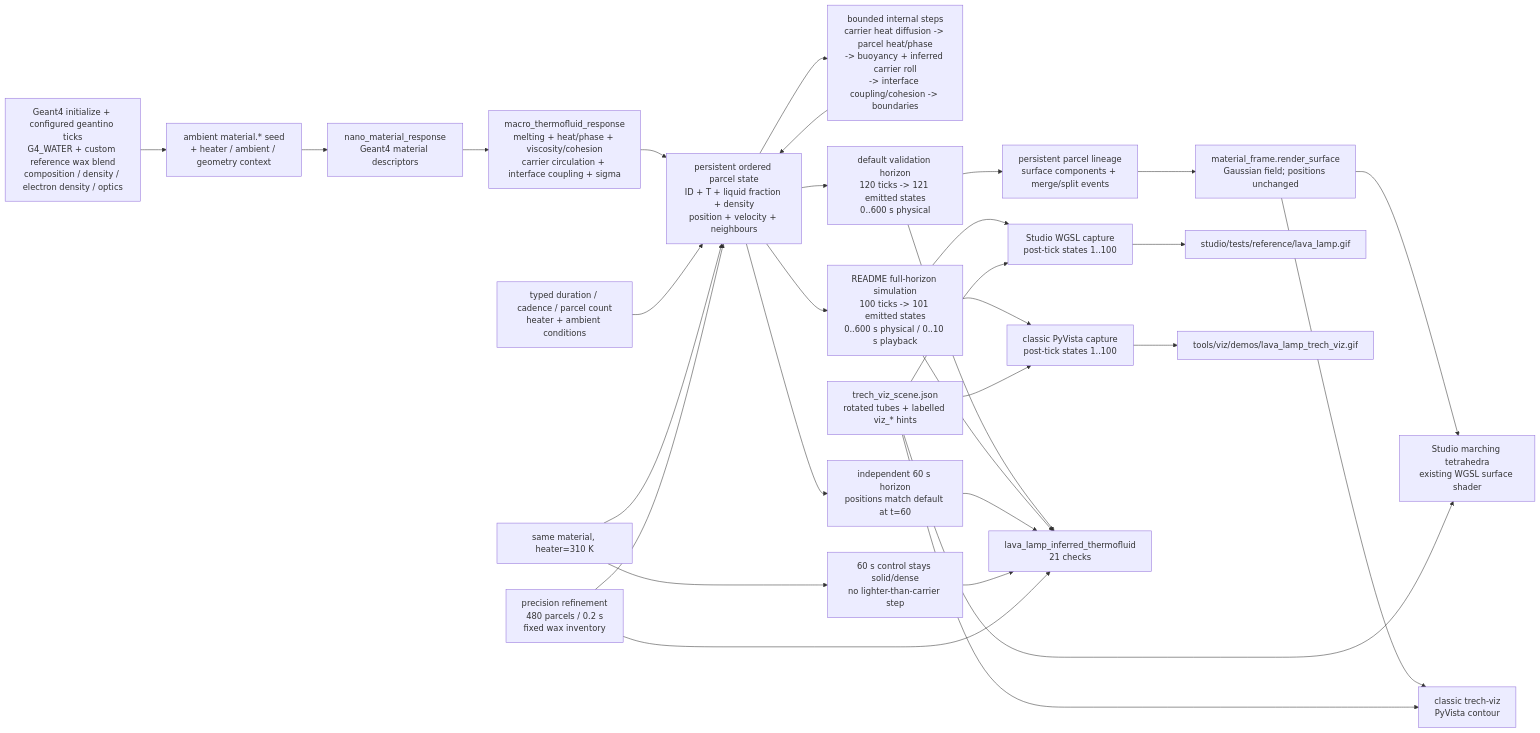
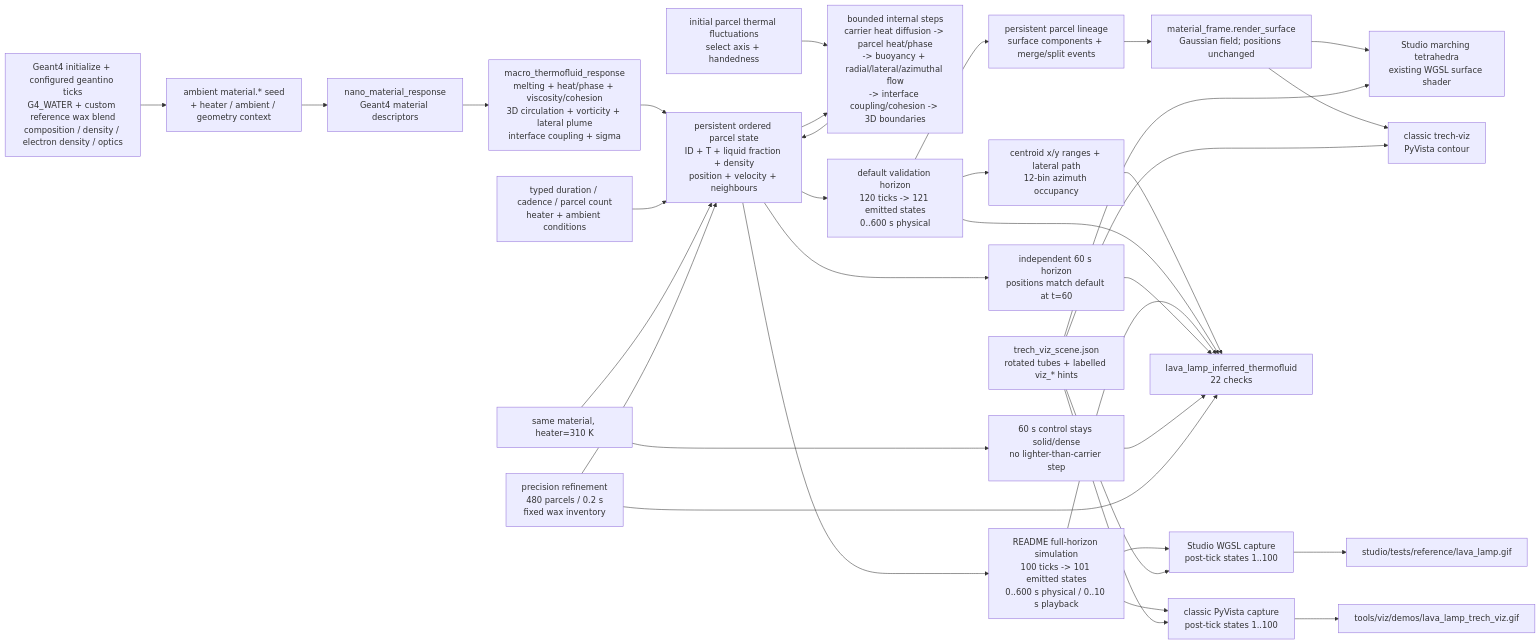
One commit to Geckos-Ink/trech changed diagram 14 of 24 in CHARTS.md. Above: the diagram before and after it, drawn with Mermaid. The commit also changed 17 other files, not shown here.

````diff
--- a/CHARTS.md
+++ b/CHARTS.md
@@ -306,33 +306,36 @@
 ```mermaid
 flowchart LR
   G4["Geant4 initialize + configured geantino ticks\nG4_WATER + custom reference wax blend\ncomposition / density / electron density / optics"] --> SEED["ambient material.* seed\n+ heater / ambient / geometry context"]
   SEED --> NANO["nano_material_response\nGeant4 material descriptors"]
-  NANO --> MACRO["macro_thermofluid_response\nmelting + heat/phase + viscosity/cohesion\ncarrier circulation + interface coupling + sigma"]
+  NANO --> MACRO["macro_thermofluid_response\nmelting + heat/phase + viscosity/cohesion\n3D circulation + vorticity + lateral plume\ninterface coupling + sigma"]
   MACRO --> STATE["persistent ordered parcel state\nID + T + liquid fraction + density\nposition + velocity + neighbours"]
   PARAM["typed duration / cadence / parcel count\nheater + ambient conditions"] --> STATE
-  STATE --> STEP["bounded internal steps\ncarrier heat diffusion -> parcel heat/phase\n-> buoyancy + inferred carrier roll\n-> interface coupling/cohesion -> boundaries"]
+  MICROSTATE["initial parcel thermal fluctuations\nselect axis + handedness"] --> STEP
+  STATE --> STEP["bounded internal steps\ncarrier heat diffusion -> parcel heat/phase\n-> buoyancy + radial/lateral/azimuthal flow\n-> interface coupling/cohesion -> 3D boundaries"]
   STEP --> STATE
   STATE --> DEFAULT["default validation horizon\n120 ticks -> 121 emitted states\n0..600 s physical"]
   STATE --> README["README full-horizon simulation\n100 ticks -> 101 emitted states\n0..600 s physical / 0..10 s playback"]
   STATE --> HORIZON["independent 60 s horizon\npositions match default at t=60"]
   CONTROL["same material, heater=310 K"] --> STATE
   CONTROL --> COOL["60 s control stays solid/dense\nno lighter-than-carrier step"]
   PRECISION["precision refinement\n480 parcels / 0.2 s\nfixed wax inventory"] --> STATE
   DEFAULT --> LINEAGE["persistent parcel lineage\nsurface components + merge/split events"]
   LINEAGE --> SURFACE["material_frame.render_surface\nGaussian field; positions unchanged"]
   SURFACE --> STUDIO["Studio marching tetrahedra\nexisting WGSL surface shader"]
   SURFACE --> CLASSIC["classic trech-viz\nPyVista contour"]
   README --> STUDIOGIF["Studio WGSL capture\npost-tick states 1..100"]
   README --> CLASSICGIF["classic PyVista capture\npost-tick states 1..100"]
   SCENE["trech_viz_scene.json\nrotated tubes + labelled viz_* hints"] --> STUDIO
   SCENE --> CLASSIC
   SCENE --> STUDIOGIF
   SCENE --> CLASSICGIF
   STUDIOGIF --> SGIF["studio/tests/reference/lava_lamp.gif"]
   CLASSICGIF --> CGIF["tools/viz/demos/lava_lamp_trech_viz.gif"]
-  DEFAULT --> VAL["lava_lamp_inferred_thermofluid\n21 checks"]
+  DEFAULT --> VOLUME["centroid x/y ranges + lateral path\n12-bin azimuth occupancy"]
+  VOLUME --> VAL["lava_lamp_inferred_thermofluid\n22 checks"]
+  DEFAULT --> VAL
   README --> VAL
   HORIZON --> VAL
   COOL --> VAL
   PRECISION --> VAL
 ```
````
